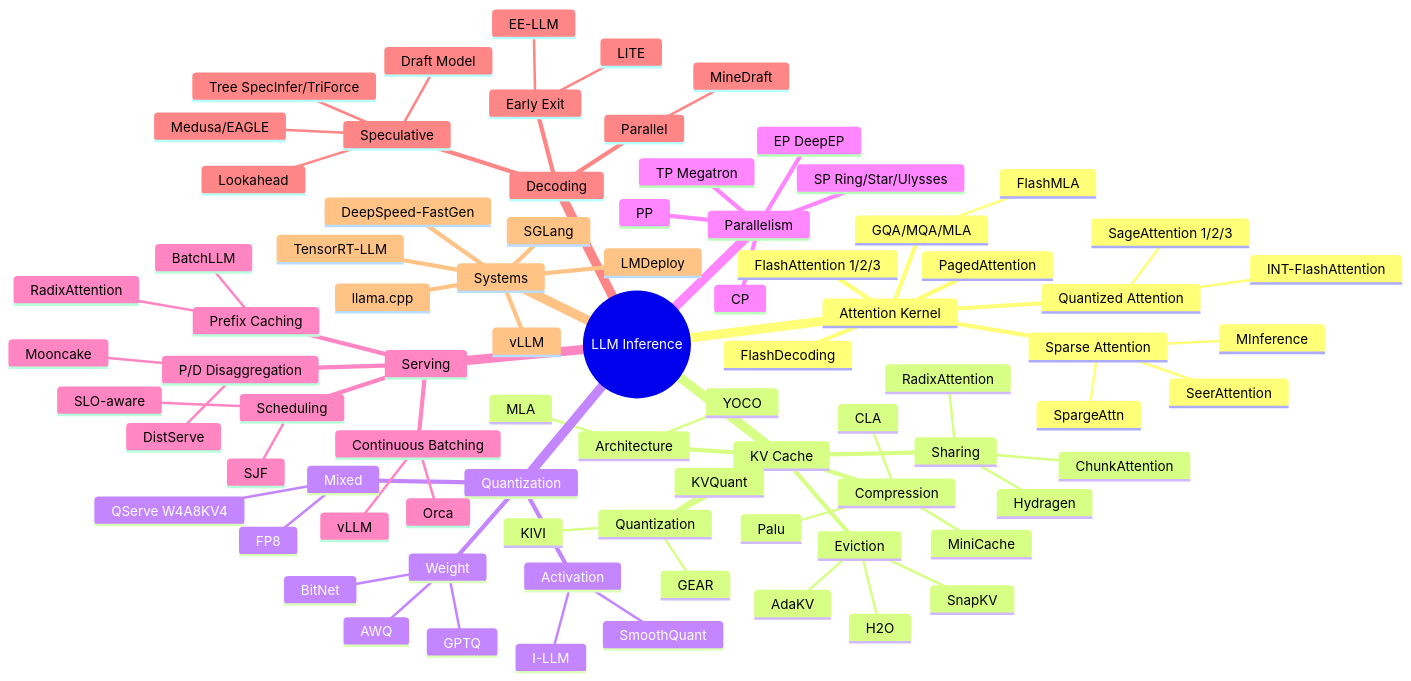
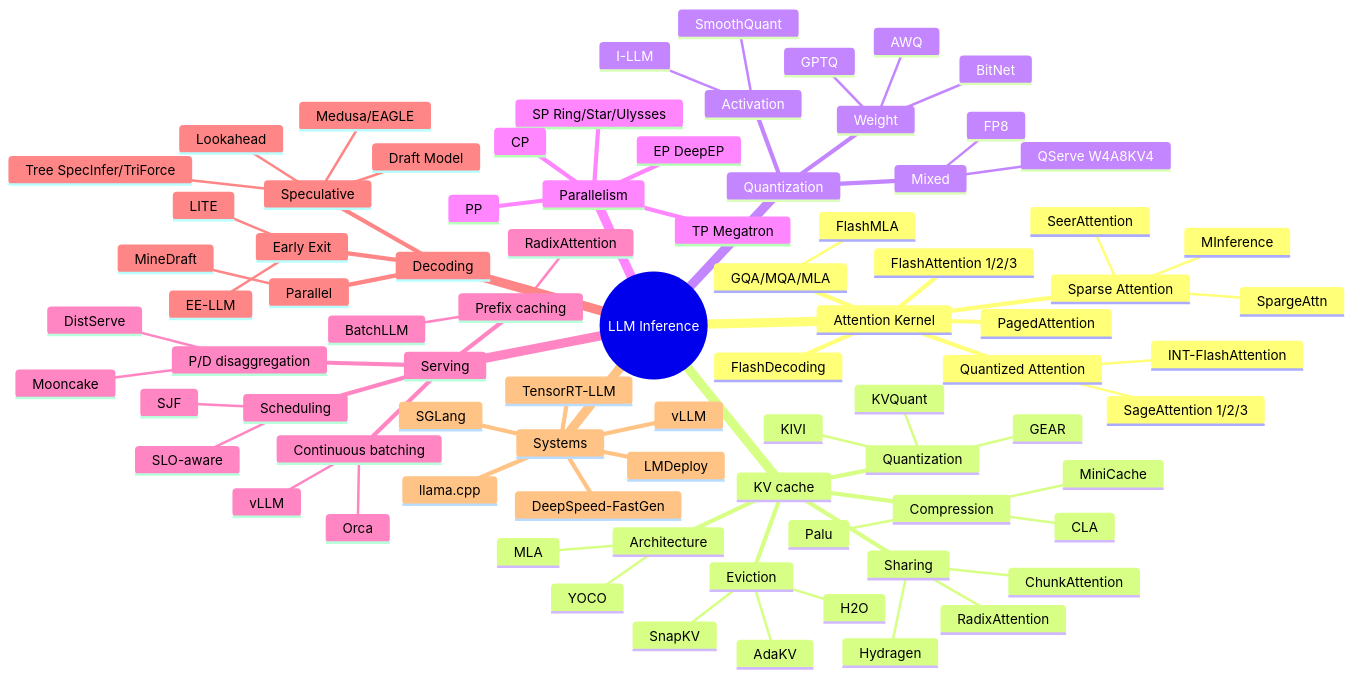
Before and after one commit to yuancaoyaoHW/Awesome-LLM-Inference: the diagram in reports/00_MASTER_REPORT.md, drawn with Mermaid. The commit also changed other lines of this file and 21 other files, not shown here.

```diff
--- a/reports/00_MASTER_REPORT.md
+++ b/reports/00_MASTER_REPORT.md
@@ -43,7 +101,7 @@
         INT-FlashAttention
       GQA/MQA/MLA
         FlashMLA
-    KV Cache
+    KV cache
       Quantization
         KVQuant
         GEAR
@@ -81,16 +139,16 @@
       SP Ring/Star/Ulysses
       CP
     Serving
-      Continuous Batching
+      Continuous batching
         Orca
         vLLM
-      P/D Disaggregation
+      P/D disaggregation
         DistServe
         Mooncake
       Scheduling
         SJF
         SLO-aware
-      Prefix Caching
+      Prefix caching
         RadixAttention
         BatchLLM
     Decoding
```
